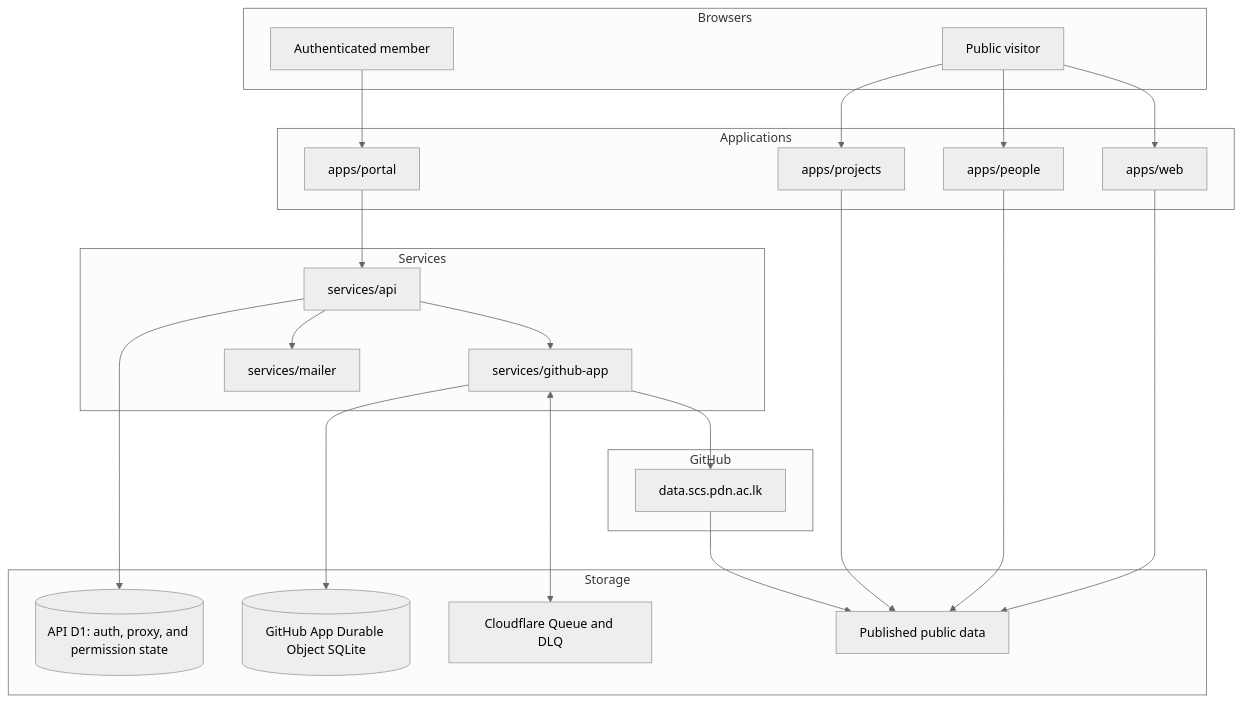
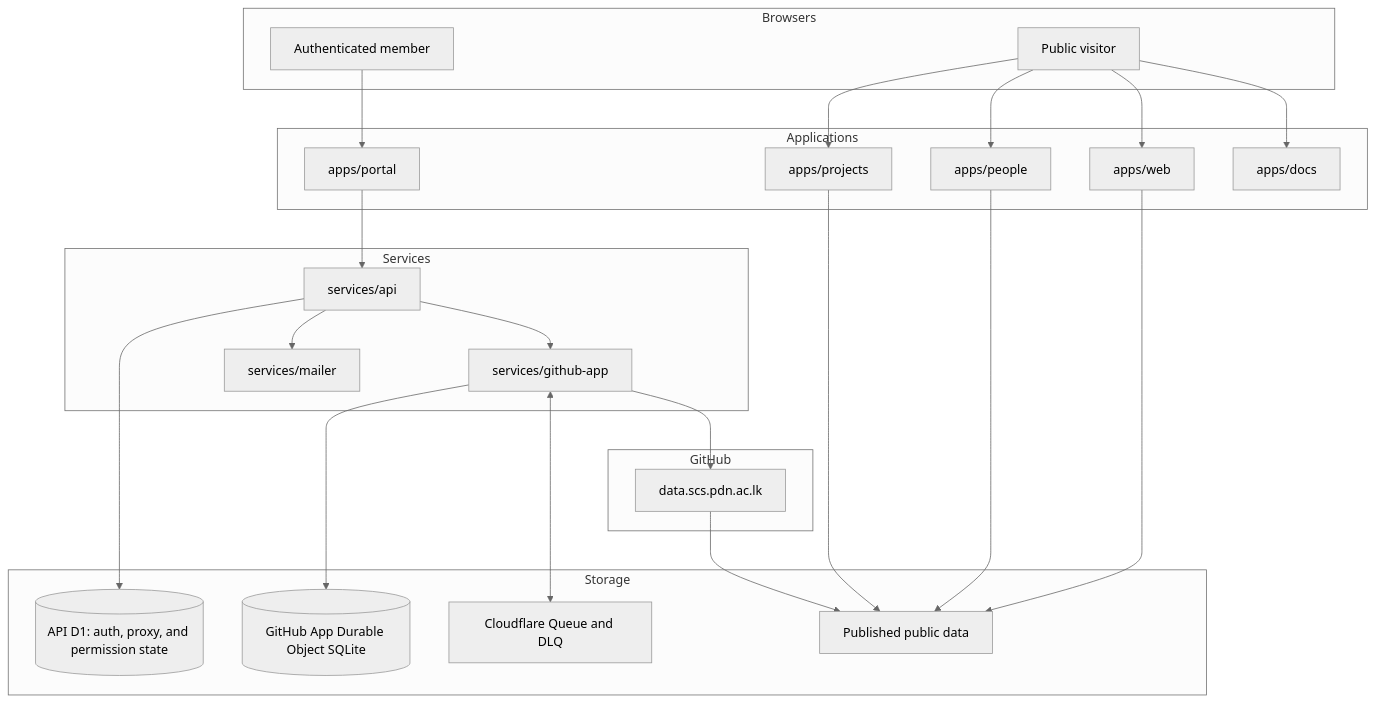
Before and after one commit to shamilaw-sci/CSC3213_20_Group_B: the first of 5 diagrams in docs/ARCHITECTURE.md, drawn with Mermaid (neutral theme). The commit also changed other lines of this file and 13 other files, not shown here.

````diff
--- a/docs/ARCHITECTURE.md
+++ b/docs/ARCHITECTURE.md
@@ -19,47 +19,49 @@
 ```mermaid
 flowchart TB
   subgraph Browsers
     PublicUser[Public visitor]
     PortalUser[Authenticated member]
   end
 
   subgraph Applications
     Web[apps/web]
     People[apps/people]
     Projects[apps/projects]
     Portal[apps/portal]
+    Docs[apps/docs]
   end
 
   subgraph Services
     API[services/api]
     GitHubApp[services/github-app]
     Mailer[services/mailer]
   end
 
   subgraph Storage
     D1[(API D1: auth, proxy, and permission state)]
     DO[(GitHub App Durable Object SQLite)]
     Queue[Cloudflare Queue and DLQ]
     Data[Published public data]
   end
 
   subgraph GitHub
     DataRepo[data.scs.pdn.ac.lk]
   end
 
   PublicUser --> Web
   PublicUser --> People
   PublicUser --> Projects
+  PublicUser --> Docs
   PortalUser --> Portal
   Web --> Data
   People --> Data
   Projects --> Data
   Portal --> API
   API --> D1
   API --> Mailer
   API --> GitHubApp
   GitHubApp --> DO
   GitHubApp <--> Queue
   GitHubApp --> DataRepo
   DataRepo --> Data
 ```
````
